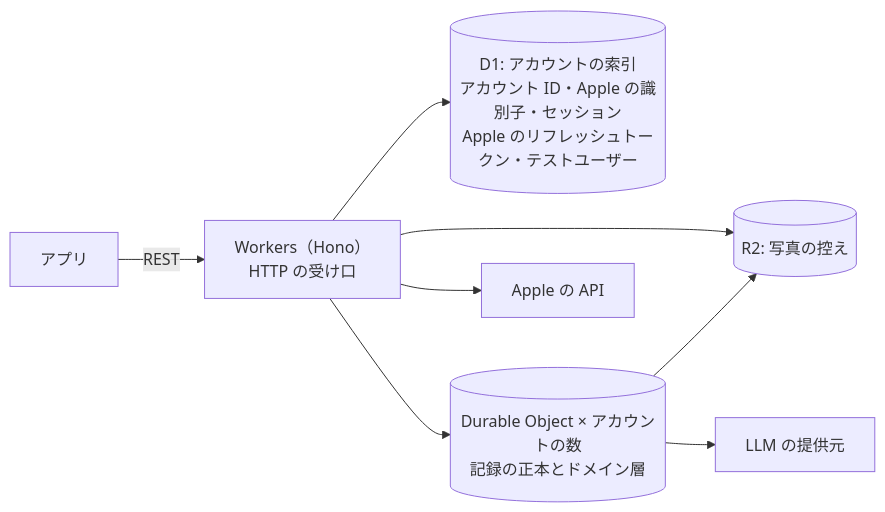
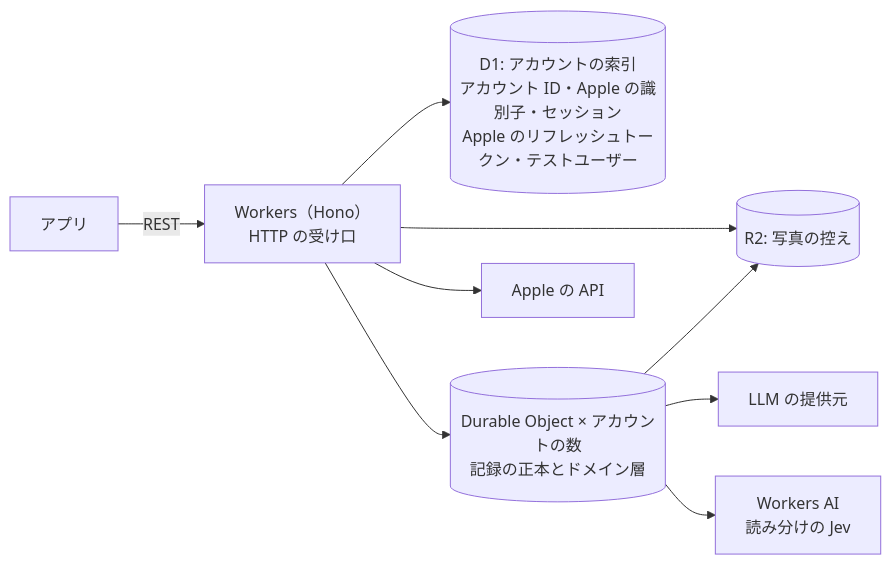
One commit to gn-t-k/nu-tori changed the first of 3 diagrams in server/AGENTS.md. Above: the diagram before and after it, drawn with Mermaid. The commit also changed other lines of this file and 3 other files, not shown here.

````diff
--- a/server/AGENTS.md
+++ b/server/AGENTS.md
@@ -7,10 +7,11 @@
 ```mermaid
 flowchart LR
   App[アプリ] -- REST --> W[Workers（Hono）<br>HTTP の受け口]
   W --> D1[(D1: アカウントの索引<br>アカウント ID・Apple の識別子・セッション<br>Apple のリフレッシュトークン・テストユーザー)]
   W --> DO[(Durable Object × アカウントの数<br>記録の正本とドメイン層)]
   W --> Apple[Apple の API]
   W --> R2[(R2: 写真の控え)]
   DO --> R2
   DO --> LLM[LLM の提供元]
+  DO --> WAI[Workers AI<br>読み分けの Jev]
 ```
````
